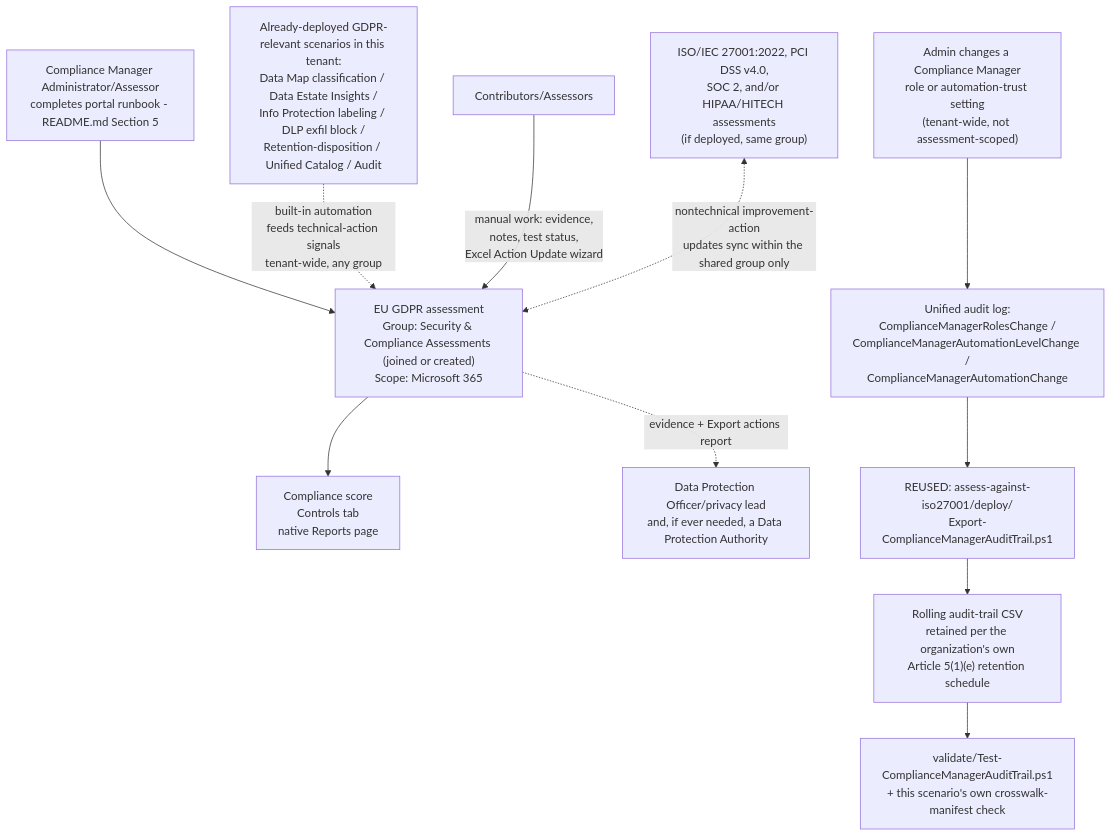
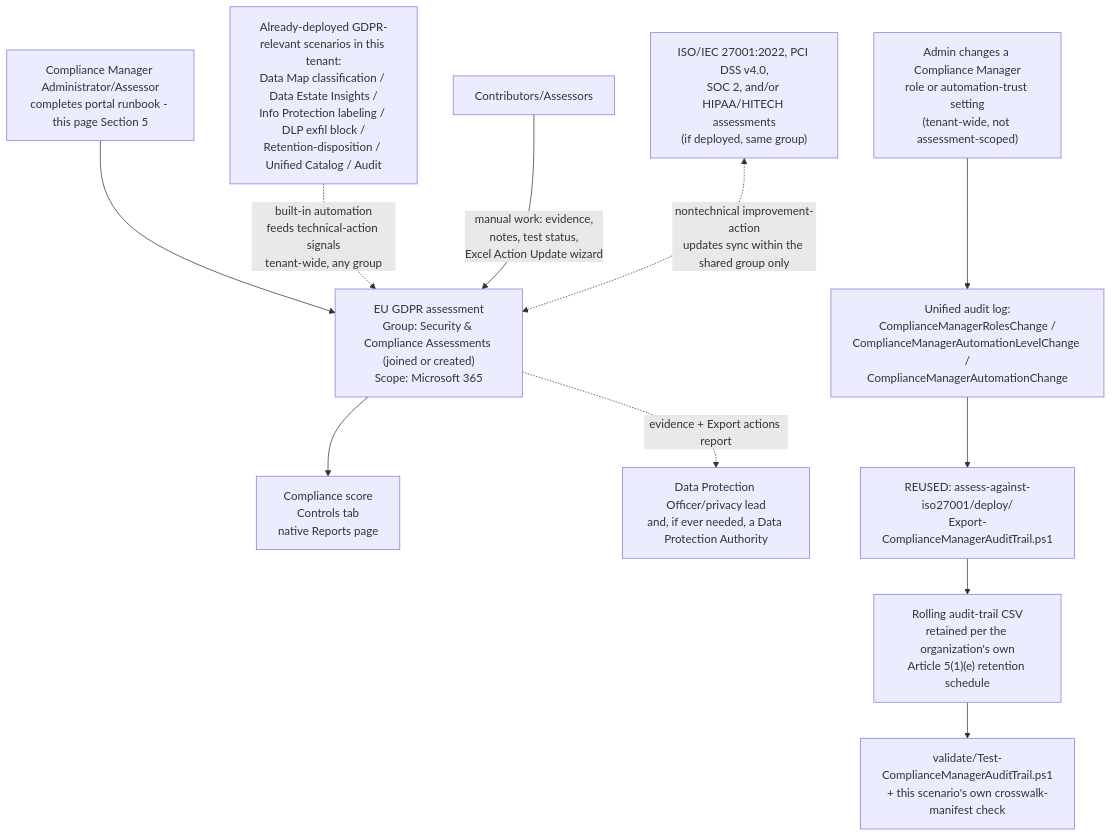
The diagram in src/content/scenarios/compliance-manager/gdpr-assessment.design.md (kpsec1/kpsec1.github.io), drawn with Mermaid before and after one commit. The commit also changed 269 other files, not shown here.

````diff
--- a/src/content/scenarios/compliance-manager/gdpr-assessment.design.md
+++ b/src/content/scenarios/compliance-manager/gdpr-assessment.design.md
@@ -253,13 +253,13 @@
 ```mermaid
 flowchart TD
-    A[Compliance Manager Administrator/Assessor<br/>completes portal runbook - README.md Section 5] --> B["EU GDPR assessment<br/>Group: Security & Compliance Assessments (joined or created)<br/>Scope: Microsoft 365"]
+    A[Compliance Manager Administrator/Assessor<br/>completes portal runbook - this page Section 5] --> B["EU GDPR assessment<br/>Group: Security & Compliance Assessments (joined or created)<br/>Scope: Microsoft 365"]
     C["Already-deployed GDPR-relevant scenarios in this tenant:<br/>Data Map classification / Data Estate Insights /<br/>Info Protection labeling / DLP exfil block /<br/>Retention-disposition / Unified Catalog / Audit"] -.built-in automation<br/>feeds technical-action signals<br/>tenant-wide, any group.-> B
     D[Contributors/Assessors] -->|manual work: evidence,<br/>notes, test status,<br/>Excel Action Update wizard| B
     E["ISO/IEC 27001:2022, PCI DSS v4.0,<br/>SOC 2, and/or HIPAA/HITECH assessments<br/>(if deployed, same group)"] <-.nontechnical improvement-action<br/>updates sync within the shared group only.-> B
     B --> F[Compliance score<br/>Controls tab<br/>native Reports page]
     G["Admin changes a Compliance Manager<br/>role or automation-trust setting<br/>(tenant-wide, not assessment-scoped)"] --> H["Unified audit log:<br/>ComplianceManagerRolesChange /<br/>ComplianceManagerAutomationLevelChange /<br/>ComplianceManagerAutomationChange"]
     H --> I["REUSED: assess-against-iso27001/deploy/<br/>Export-ComplianceManagerAuditTrail.ps1"]
     I --> J["Rolling audit-trail CSV<br/>retained per the organization's own<br/>Article 5(1)(e) retention schedule"]
     J --> K[validate/Test-ComplianceManagerAuditTrail.ps1<br/>+ this scenario's own crosswalk-manifest check]
     B -.evidence + Export actions report.-> L["Data Protection Officer/privacy lead<br/>and, if ever needed, a Data Protection Authority"]
 ```
````
